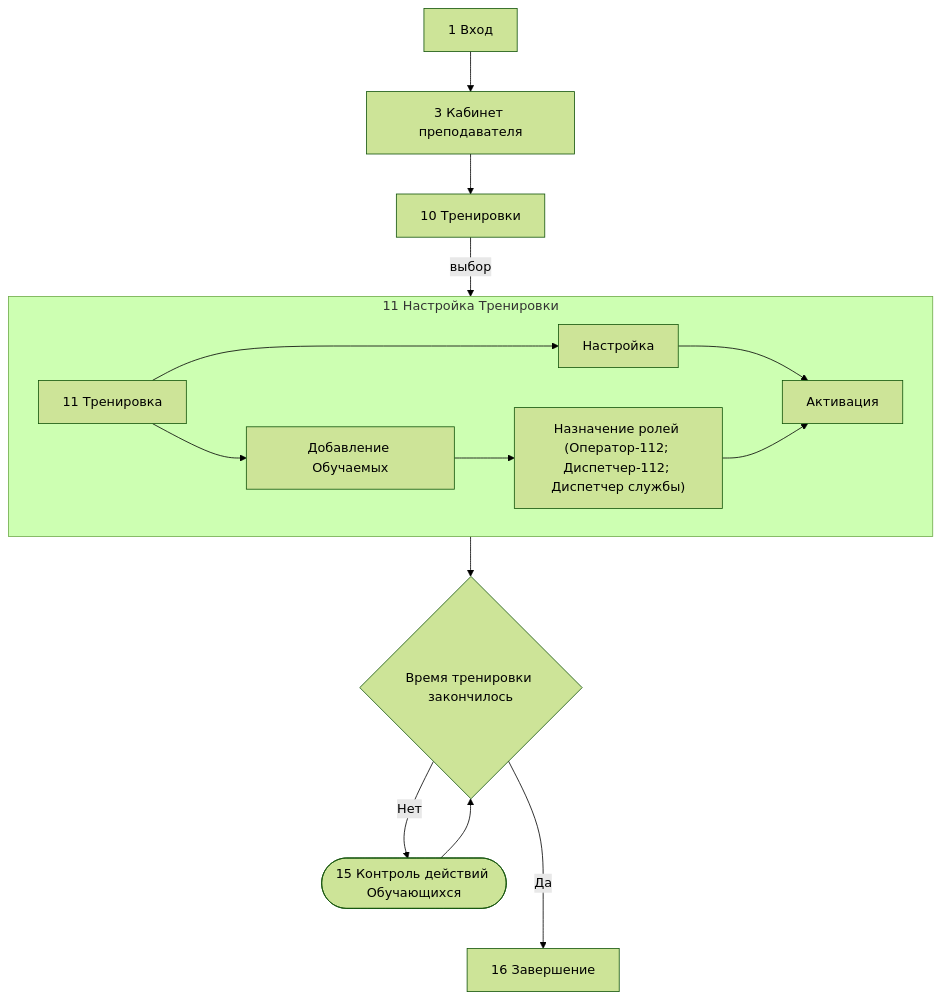
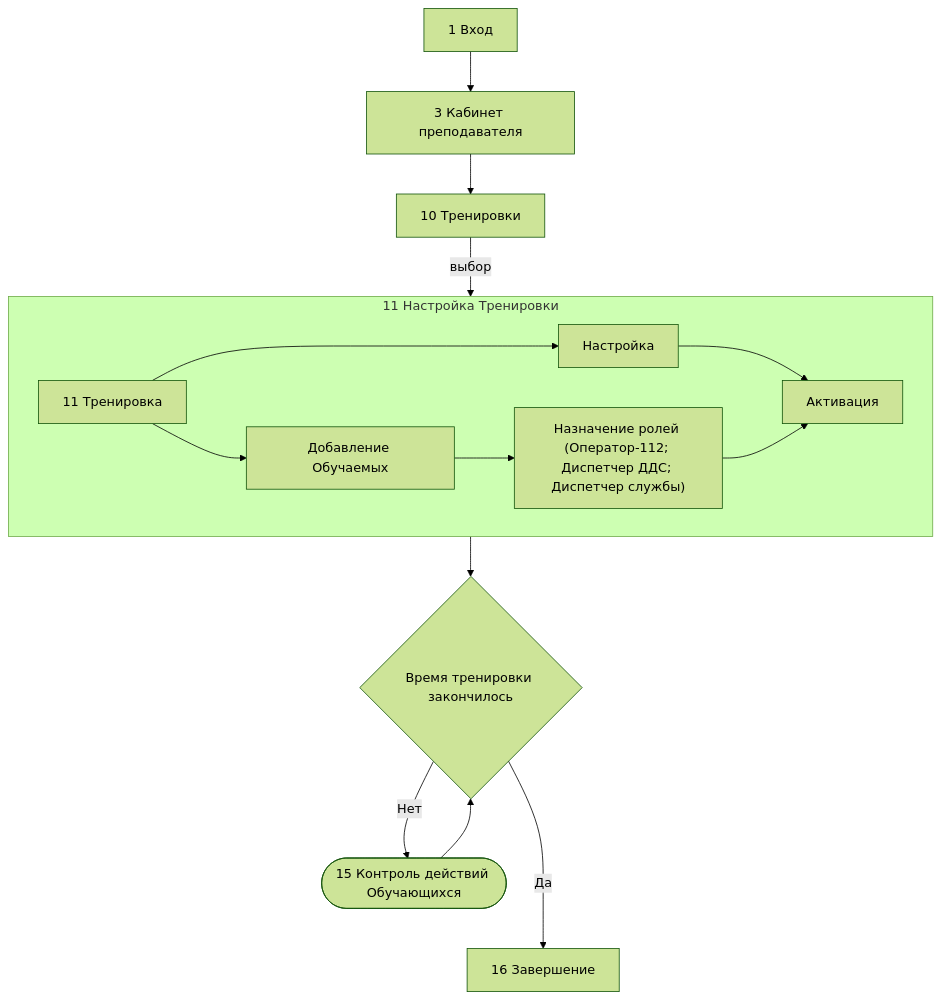
One commit to Obsidian-pb/gt_lct_hackaton changed the sixth of 9 diagrams in tz_for_work.qmd. Above: the diagram before and after it, drawn with Mermaid (forest theme). The commit also changed other lines of this file and 39 other files, not shown here.

````diff
--- a/tz_for_work.qmd
+++ b/tz_for_work.qmd
@@ -819,28 +817,28 @@
 ```{mermaid}
 flowchart TD
     A[1 Вход] 
     B[3 Кабинет преподавателя]
     A --> B
 
     CA[10 Тренировки] 
 
     B --> CA -- выбор --> D
 
     subgraph D[11 Настройка Тренировки]
     direction LR
         CB[11 Тренировка]
-        CC[Добавление Обучаемых] --> CCA["Назначение ролей (Оператор-112; Диспетчер-112; Диспетчер службы)"]
+        CC[Добавление Обучаемых] --> CCA["Назначение ролей (Оператор-112; Диспетчер ДДС; Диспетчер службы)"]
         CD[Настройка]
         CE[Активация]
     end
     
     CB --> CD --> CE
     CB --> CC 
     CCA --> CE
 
     E{Время тренировки закончилось}
     D --> E
     E -- Нет --> F([15 Контроль действий Обучающихся]) --> E
     E -- Да ---> G[16 Завершение]
 
 ```
````
